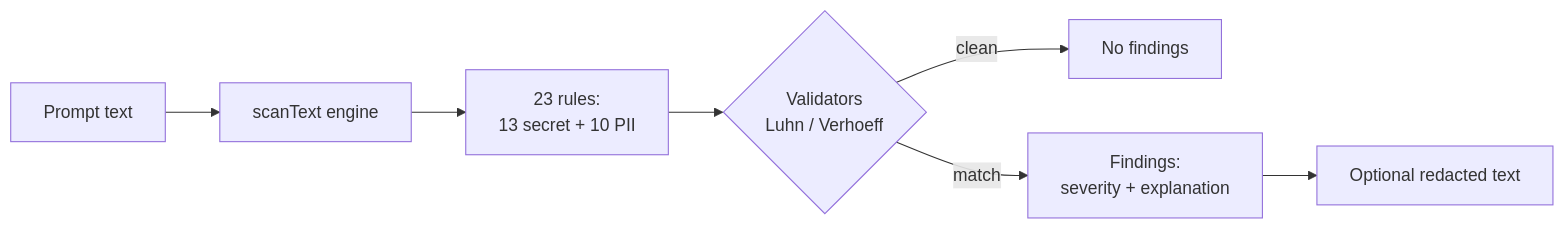
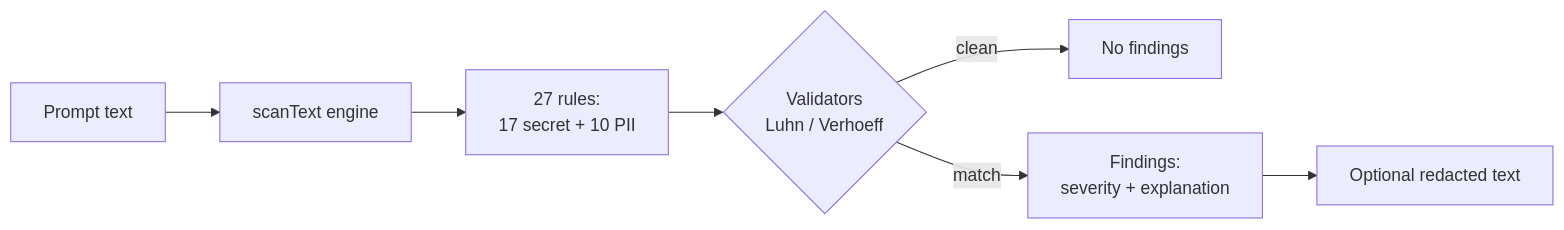
Before and after one commit to KrishOjha1810/promptguard-mcp: the diagram in README.md, drawn with Mermaid. The commit also changed other lines of this file and 6 other files, not shown here.

First line of the commit message:
Add 4 secret rules (DB connection strings, JWT, Slack webhook, SendGrid); fix model pricing and add Claude Opus 4.8; read version from package.json

````diff
--- a/README.md
+++ b/README.md
@@ -64,9 +64,9 @@
 ```mermaid
 flowchart LR
     A[Prompt text] --> B[scanText engine]
-    B --> C[23 rules:<br/>13 secret + 10 PII]
+    B --> C[27 rules:<br/>17 secret + 10 PII]
     C --> D{Validators<br/>Luhn / Verhoeff}
     D -->|clean| E[No findings]
     D -->|match| F[Findings:<br/>severity + explanation]
     F --> G[Optional redacted text]
 ```
````
